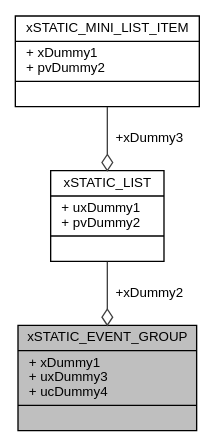
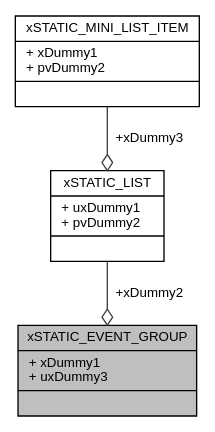
The diagram in structx_s_t_a_t_i_c___e_v_e_n_t___g_r_o_u_p__coll__graph.dot (RoboJackets/mtrain-firmware), drawn with Graphviz before and after one commit. The commit also changed 3751 other files, not shown here.

```diff
--- a/structx_s_t_a_t_i_c___e_v_e_n_t___g_r_o_u_p__coll__graph.dot
+++ b/structx_s_t_a_t_i_c___e_v_e_n_t___g_r_o_u_p__coll__graph.dot
@@ -1,10 +1,10 @@
 digraph "xSTATIC_EVENT_GROUP"
 {
   edge [fontname="Helvetica",fontsize="10",labelfontname="Helvetica",labelfontsize="10"];
   node [fontname="Helvetica",fontsize="10",shape=record];
-  Node1 [label="{xSTATIC_EVENT_GROUP\n|+ xDummy1\l+ uxDummy3\l+ ucDummy4\l|}",height=0.2,width=0.4,color="black", fillcolor="grey75", style="filled", fontcolor="black"];
+  Node1 [label="{xSTATIC_EVENT_GROUP\n|+ xDummy1\l+ uxDummy3\l|}",height=0.2,width=0.4,color="black", fillcolor="grey75", style="filled", fontcolor="black"];
   Node2 -> Node1 [color="grey25",fontsize="10",style="solid",label=" +xDummy2" ,arrowhead="odiamond",fontname="Helvetica"];
   Node2 [label="{xSTATIC_LIST\n|+ uxDummy1\l+ pvDummy2\l|}",height=0.2,width=0.4,color="black", fillcolor="white", style="filled",URL="$structx_s_t_a_t_i_c___l_i_s_t.html"];
   Node3 -> Node2 [color="grey25",fontsize="10",style="solid",label=" +xDummy3" ,arrowhead="odiamond",fontname="Helvetica"];
   Node3 [label="{xSTATIC_MINI_LIST_ITEM\n|+ xDummy1\l+ pvDummy2\l|}",height=0.2,width=0.4,color="black", fillcolor="white", style="filled",URL="$structx_s_t_a_t_i_c___m_i_n_i___l_i_s_t___i_t_e_m.html"];
 }
```
